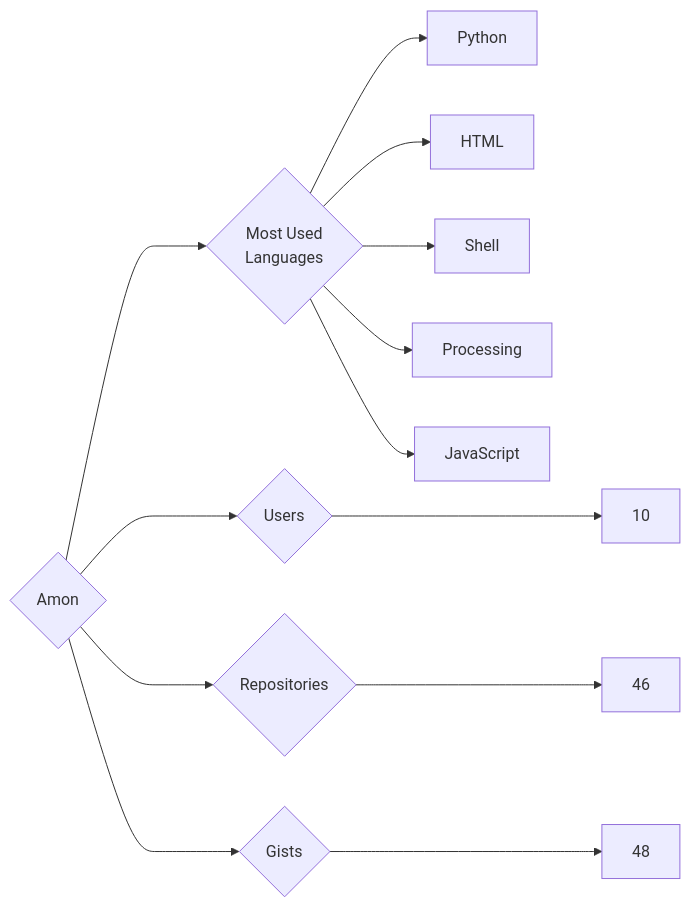
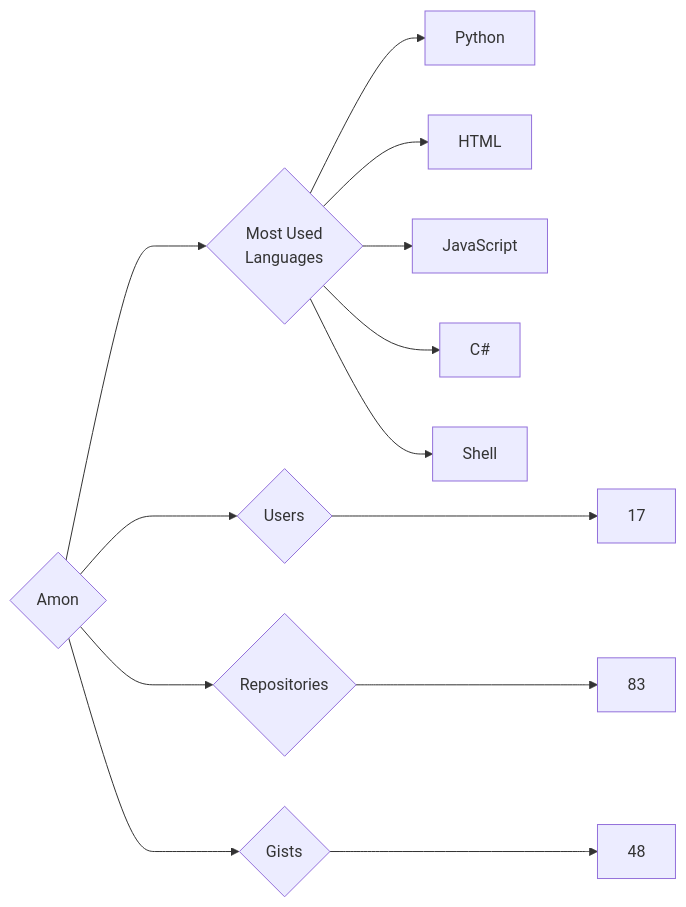
The diagram in targets/Amon/README.md (trickest/insiders), drawn with Mermaid before and after one commit. The commit also changed 939 other files, not shown here.

````diff
--- a/targets/Amon/README.md
+++ b/targets/Amon/README.md
@@ -3,13 +3,13 @@
 ```mermaid
 graph LR
 COMPANY_NAME{Amon}
-COMPANY_NAME ---> U{Users} ---> UN[10]
-COMPANY_NAME ---> R{Repositories} ---> RN[46]
+COMPANY_NAME ---> U{Users} ---> UN[17]
+COMPANY_NAME ---> R{Repositories} ---> RN[83]
 COMPANY_NAME ---> G{Gists} ---> GN[48]
 COMPANY_NAME ---> ML{Most Used<br>Languages}
 ML --> Python[Python]
 ML --> HTML[HTML]
+ML --> JavaScript[JavaScript]
+ML --> C#[C#]
 ML --> Shell[Shell]
-ML --> Processing[Processing]
-ML --> JavaScript[JavaScript]
 ```
````
